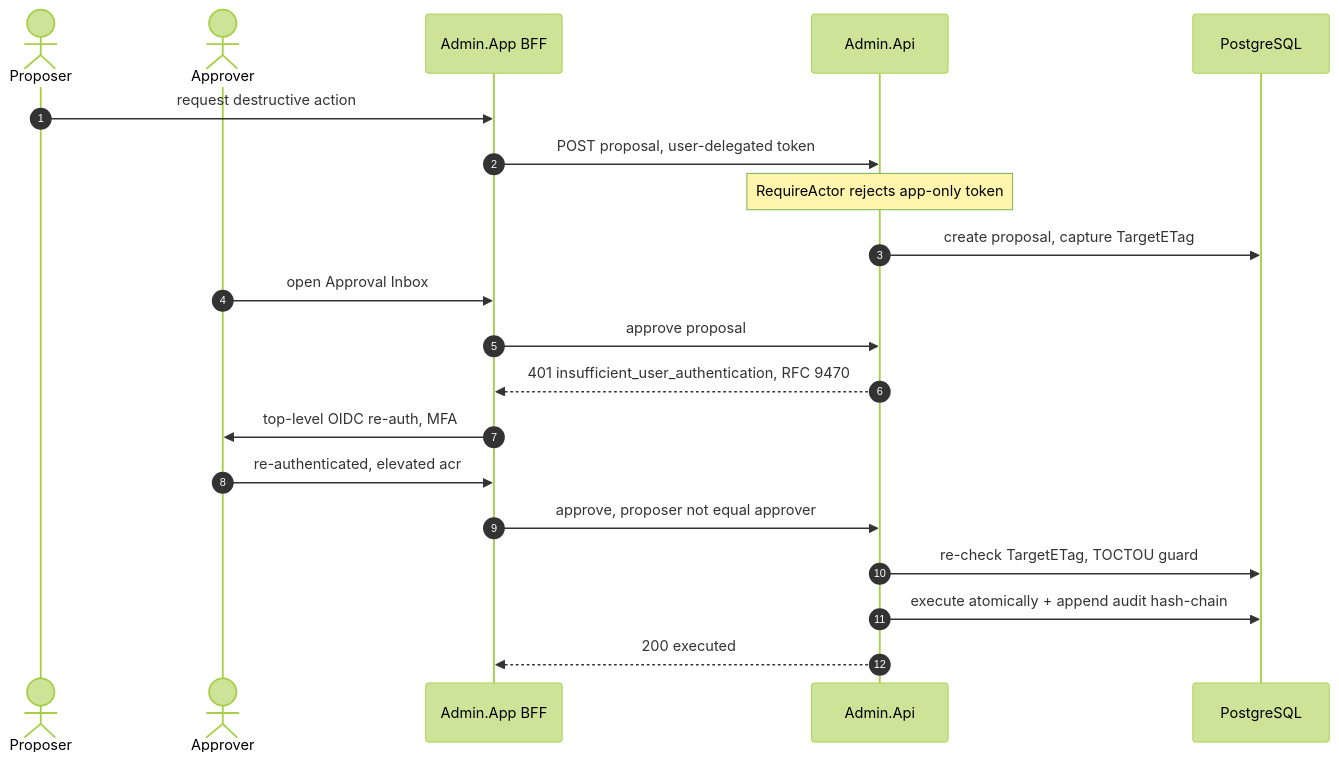
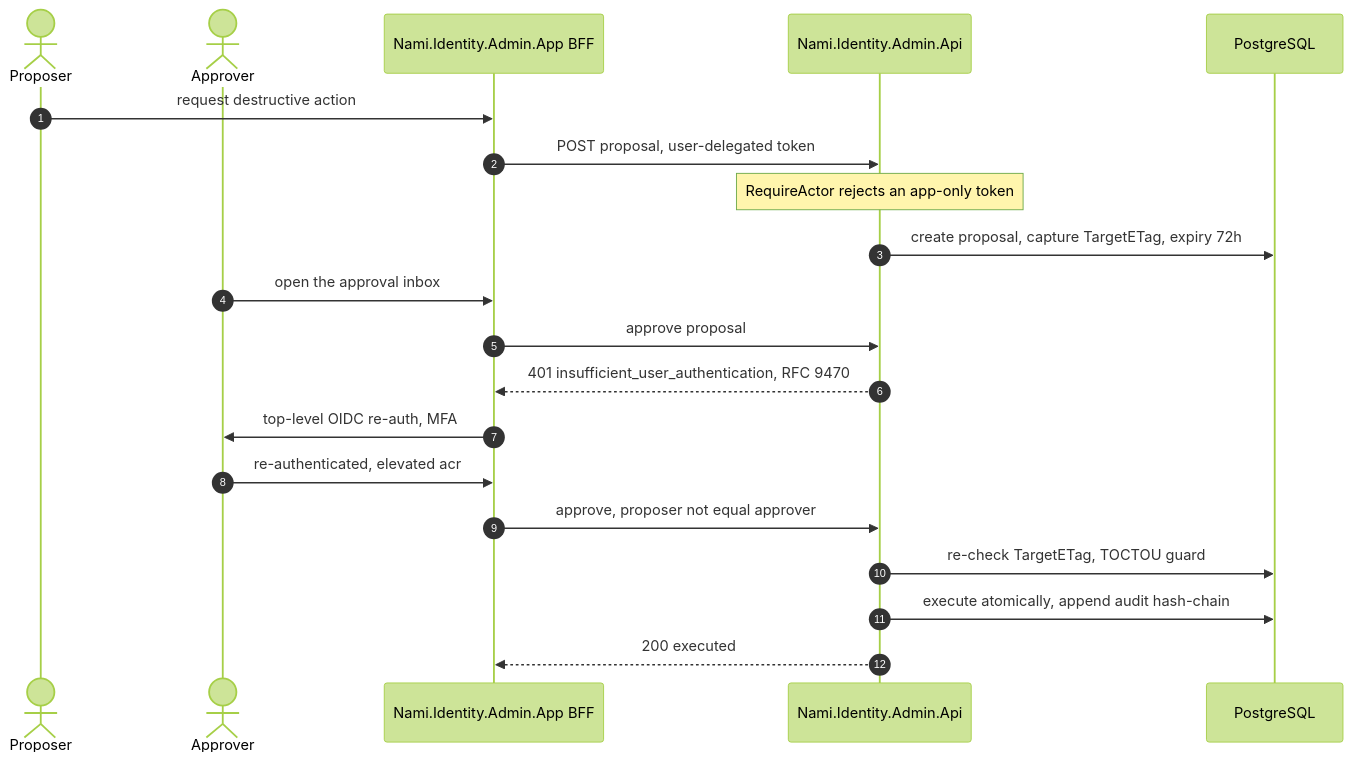
The second of 16 diagrams in docs/architecture/06-runtime-views.md (namphuongtran/nami), drawn with Mermaid (forest theme) before and after one commit. The commit also changed other lines of this file and 2 other files, not shown here.

````diff
--- a/docs/architecture/06-runtime-views.md
+++ b/docs/architecture/06-runtime-views.md
@@ -43,22 +85,22 @@
 ```mermaid
 sequenceDiagram
   autonumber
   actor P as Proposer
   actor A as Approver
-  participant APP as Admin.App BFF
-  participant API as Admin.Api
+  participant APP as Nami.Identity.Admin.App BFF
+  participant API as Nami.Identity.Admin.Api
   participant DB as PostgreSQL
   P->>APP: request destructive action
   APP->>API: POST proposal, user-delegated token
-  Note over API: RequireActor rejects app-only token
-  API->>DB: create proposal, capture TargetETag
-  A->>APP: open Approval Inbox
+  Note over API: RequireActor rejects an app-only token
+  API->>DB: create proposal, capture TargetETag, expiry 72h
+  A->>APP: open the approval inbox
   APP->>API: approve proposal
   API-->>APP: 401 insufficient_user_authentication, RFC 9470
   APP->>A: top-level OIDC re-auth, MFA
   A->>APP: re-authenticated, elevated acr
   APP->>API: approve, proposer not equal approver
   API->>DB: re-check TargetETag, TOCTOU guard
-  API->>DB: execute atomically + append audit hash-chain
+  API->>DB: execute atomically, append audit hash-chain
   API-->>APP: 200 executed
 ```
````
